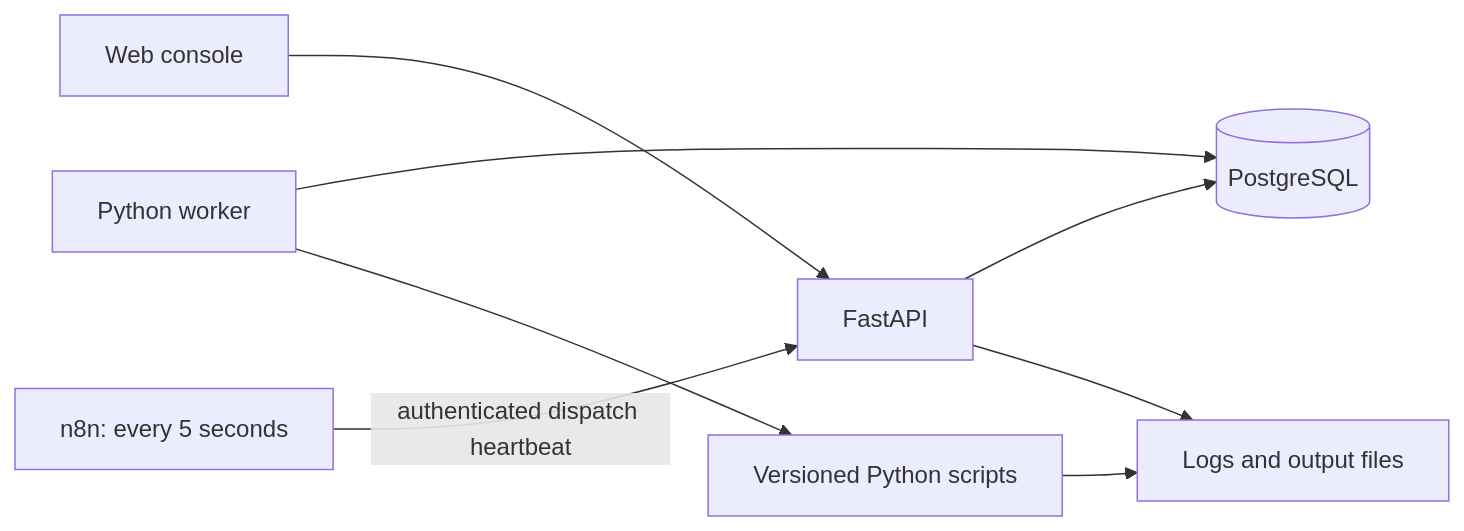
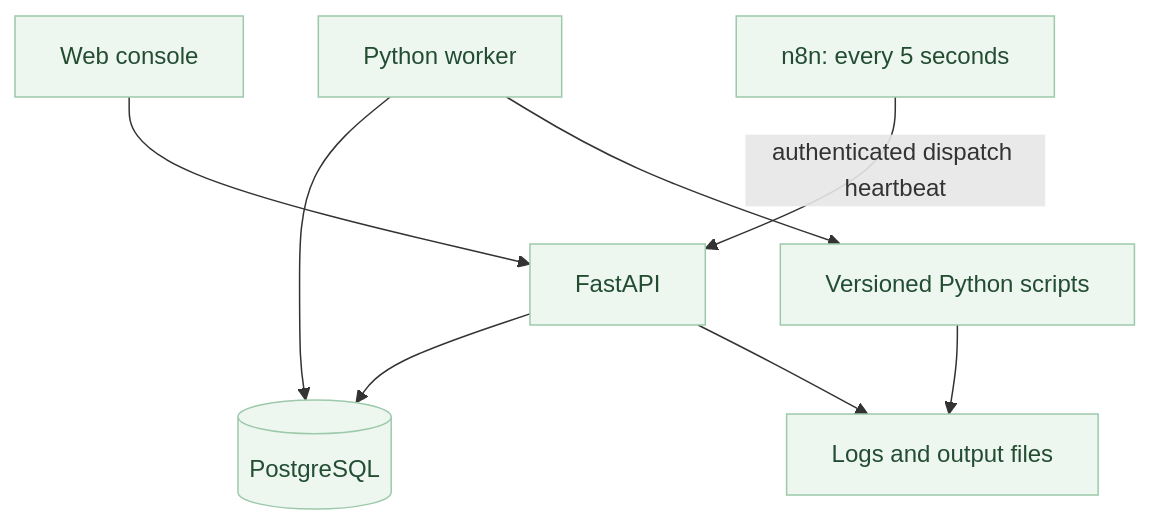
Before and after one commit to haowen-ai/sleep-in: the second of 2 diagrams in README.md, drawn with Mermaid. The commit also changed other lines of this file and 34 other files, not shown here.

````diff
--- a/README.md
+++ b/README.md
@@ -76,10 +91,12 @@
 ```mermaid
-flowchart LR
+flowchart TB
   Browser[Web console] --> API[FastAPI]
   API --> DB[(PostgreSQL)]
   n8n[n8n: every 5 seconds] -->|authenticated dispatch heartbeat| API
   Worker[Python worker] --> DB
   Worker --> Scripts[Versioned Python scripts]
   Scripts --> Results[Logs and output files]
   API --> Results
+  classDef service fill:#edf7ef,stroke:#9dc9ab,color:#234d32
+  class Browser,API,DB,n8n,Worker,Scripts,Results service
 ```
````
